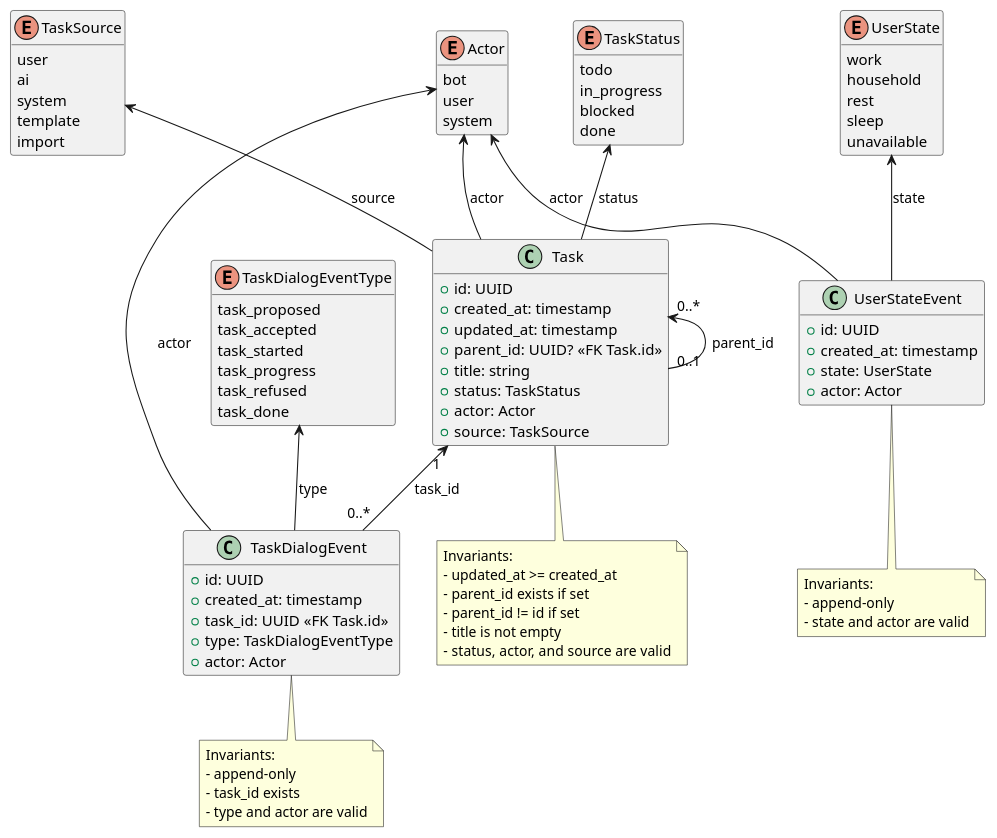
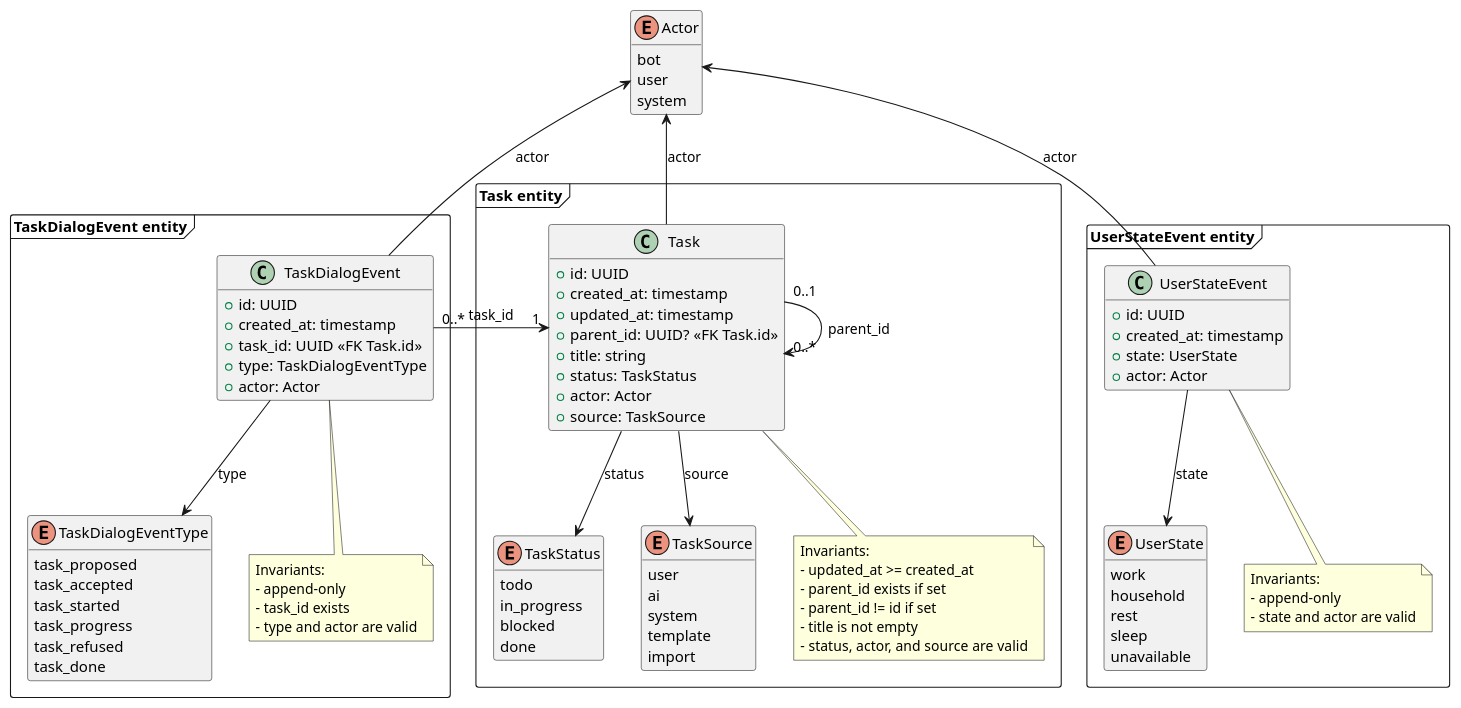
The diagram in docs/entities.plantuml (thewizardplusplus/wizard-assistant), drawn with PlantUML before and after one commit.

Commit message:
Refactor PlantUML diagram layout and grouping

```diff
--- a/docs/entities.plantuml
+++ b/docs/entities.plantuml
@@ -1,109 +1,113 @@
 @startuml
 
 hide empty methods
 
-' Enums
+' Common types
 
 enum Actor {
   bot
   user
   system
 }
 
-enum TaskStatus {
-  todo
-  in_progress
-  blocked
-  done
+' Entities
+
+package "Task entity" <<Frame>> {
+  enum TaskStatus {
+    todo
+    in_progress
+    blocked
+    done
+  }
+
+  enum TaskSource {
+    user
+    ai
+    system
+    template
+    import
+  }
+
+  class Task {
+    +id: UUID
+    +created_at: timestamp
+    +updated_at: timestamp
+    +parent_id: UUID? <<FK Task.id>>
+    +title: string
+    +status: TaskStatus
+    +actor: Actor
+    +source: TaskSource
+  }
+
+  Task "0..1" --> "0..*" Task : parent_id
+  Task --> TaskStatus : status
+  Task -up-> Actor : actor
+  Task --> TaskSource : source
+
+  note bottom of Task
+    Invariants:
+    - updated_at >= created_at
+    - parent_id exists if set
+    - parent_id != id if set
+    - title is not empty
+    - status, actor, and source are valid
+  end note
 }
 
-enum TaskSource {
-  user
-  ai
-  system
-  template
-  import
+package "TaskDialogEvent entity" <<Frame>> {
+  enum TaskDialogEventType {
+    task_proposed
+    task_accepted
+    task_started
+    task_progress
+    task_refused
+    task_done
+  }
+
+  class TaskDialogEvent {
+    +id: UUID
+    +created_at: timestamp
+    +task_id: UUID <<FK Task.id>>
+    +type: TaskDialogEventType
+    +actor: Actor
+  }
+
+  TaskDialogEvent "0..*" -right-> "1" Task : task_id
+  TaskDialogEvent --> TaskDialogEventType : type
+  TaskDialogEvent -up-> Actor : actor
+
+  note bottom of TaskDialogEvent
+    Invariants:
+    - append-only
+    - task_id exists
+    - type and actor are valid
+  end note
 }
 
-enum TaskDialogEventType {
-  task_proposed
-  task_accepted
-  task_started
-  task_progress
-  task_refused
-  task_done
+package "UserStateEvent entity" <<Frame>> {
+  enum UserState {
+    work
+    household
+    rest
+    sleep
+    unavailable
+  }
+
+  class UserStateEvent {
+    +id: UUID
+    +created_at: timestamp
+    +state: UserState
+    +actor: Actor
+  }
+
+  UserStateEvent --> UserState : state
+  UserStateEvent -up-> Actor : actor
+
+  note bottom of UserStateEvent
+    Invariants:
+    - append-only
+    - state and actor are valid
+  end note
 }
 
-enum UserState {
-  work
-  household
-  rest
-  sleep
-  unavailable
-}
-
-' Classes
-
-class Task {
-  +id: UUID
-  +created_at: timestamp
-  +updated_at: timestamp
-  +parent_id: UUID? <<FK Task.id>>
-  +title: string
-  +status: TaskStatus
-  +actor: Actor
-  +source: TaskSource
-}
-
-class TaskDialogEvent {
-  +id: UUID
-  +created_at: timestamp
-  +task_id: UUID <<FK Task.id>>
-  +type: TaskDialogEventType
-  +actor: Actor
-}
-
-class UserStateEvent {
-  +id: UUID
-  +created_at: timestamp
-  +state: UserState
-  +actor: Actor
-}
-
-' Relationships
-
-Task "0..*" <-- "0..1" Task : parent_id
-Task "1" <-- "0..*" TaskDialogEvent : task_id
-Actor <-- Task : actor
-Actor <-- TaskDialogEvent : actor
-Actor <-- UserStateEvent : actor
-TaskStatus <-- Task : status
-TaskSource <-- Task : source
-TaskDialogEventType <-- TaskDialogEvent : type
-UserState <-- UserStateEvent : state
-
-' Notes
-
-note bottom of Task
-  Invariants:
-  - updated_at >= created_at
-  - parent_id exists if set
-  - parent_id != id if set
-  - title is not empty
-  - status, actor, and source are valid
-end note
-
-note bottom of TaskDialogEvent
-  Invariants:
-  - append-only
-  - task_id exists
-  - type and actor are valid
-end note
-
-note bottom of UserStateEvent
-  Invariants:
-  - append-only
-  - state and actor are valid
-end note
-
 @enduml
```
